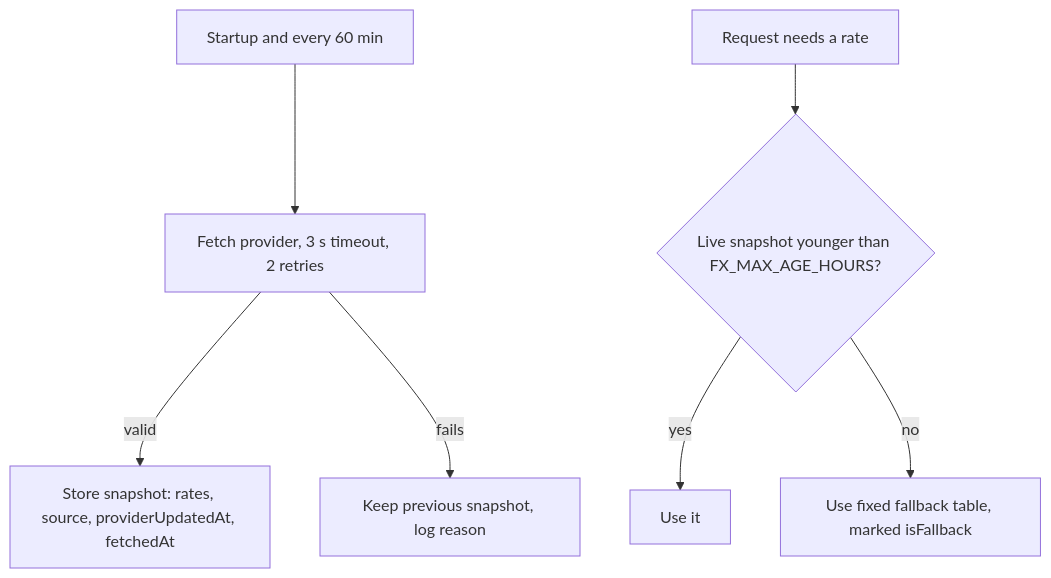
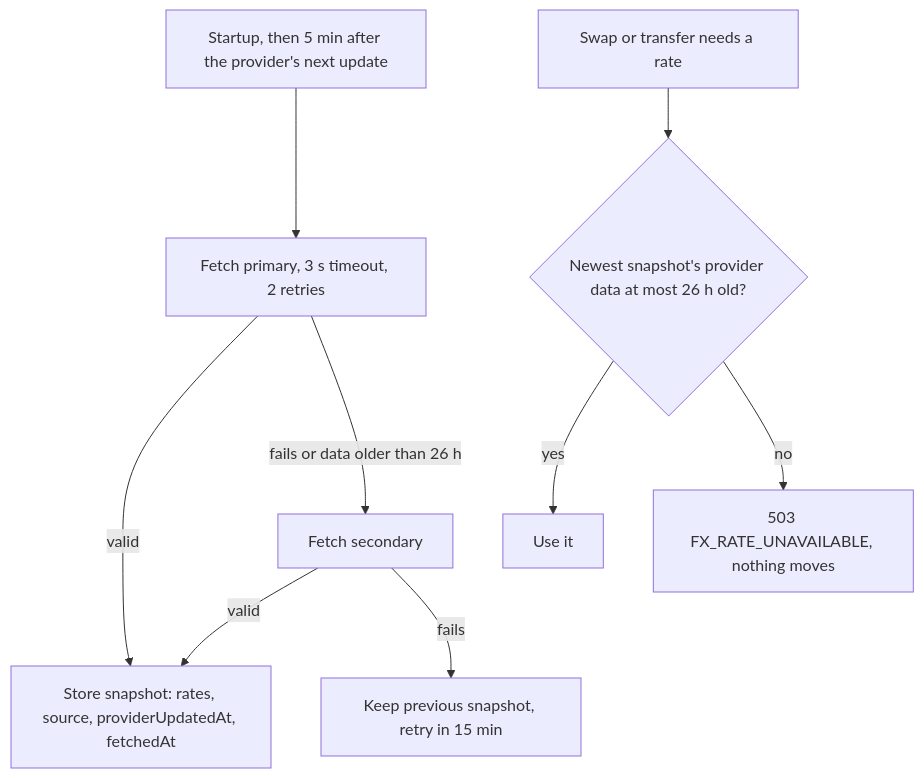
The third of 3 diagrams in docs/architecture.md (nobledeveloper01/operation-borderless), drawn with Mermaid before and after one commit. The commit also changed other lines of this file and 17 other files, not shown here.

````diff
--- a/docs/architecture.md
+++ b/docs/architecture.md
@@ -80,9 +83,11 @@
 ```mermaid
 flowchart TD
-  t[Startup and every 60 min] --> f[Fetch provider, 3 s timeout, 2 retries]
-  f -->|valid| s[Store snapshot: rates, source, providerUpdatedAt, fetchedAt]
-  f -->|fails| k[Keep previous snapshot, log reason]
-  r[Request needs a rate] --> q{Live snapshot younger than FX_MAX_AGE_HOURS?}
+  t[Startup, then 5 min after the provider's next update] --> p[Fetch primary, 3 s timeout, 2 retries]
+  p -->|valid| s[Store snapshot: rates, source, providerUpdatedAt, fetchedAt]
+  p -->|fails or data older than 26 h| sec[Fetch secondary]
+  sec -->|valid| s
+  sec -->|fails| k[Keep previous snapshot, retry in 15 min]
+  r[Swap or transfer needs a rate] --> q{Newest snapshot's provider data at most 26 h old?}
   q -->|yes| u[Use it]
-  q -->|no| fb[Use fixed fallback table, marked isFallback]
+  q -->|no| no[503 FX_RATE_UNAVAILABLE, nothing moves]
 ```
````
